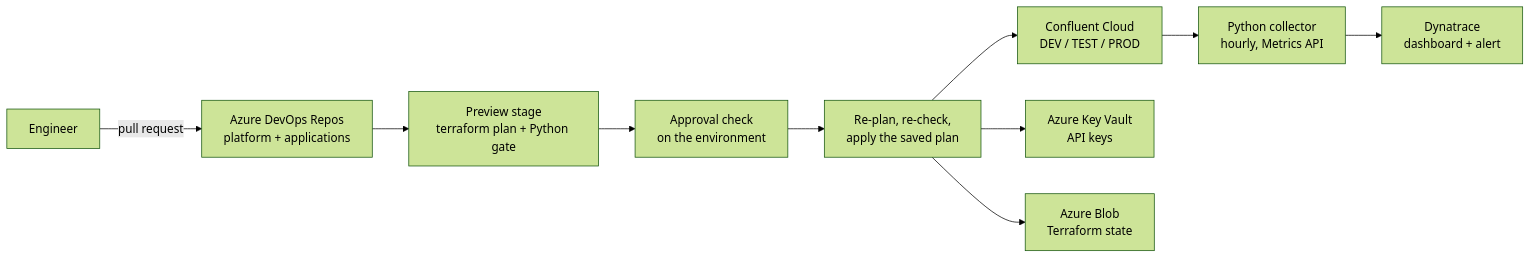
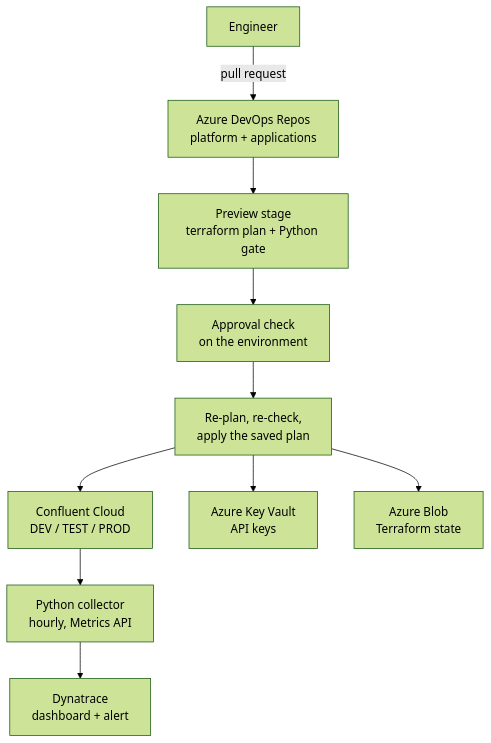
Before and after one commit to Teehem2327/confluent-cloud-platform-as-code: the diagram in README.md, drawn with Mermaid (forest theme). The commit also changed other lines of this file and 9 other files, not shown here.

Commit message:
docs: add getting-started guide with TEST/PROD and DEV paths, quick start, top-down diagram

````diff
--- a/README.md
+++ b/README.md
@@ -17,12 +29,12 @@
 ```mermaid
-flowchart LR
+flowchart TD
   E["Engineer"] -->|"pull request"| R["Azure DevOps Repos<br/>platform + applications"]
   R --> P["Preview stage<br/>terraform plan + Python gate"]
   P --> A["Approval check<br/>on the environment"]
   A --> X["Re-plan, re-check,<br/>apply the saved plan"]
   X --> C["Confluent Cloud<br/>DEV / TEST / PROD"]
   X --> K["Azure Key Vault<br/>API keys"]
   X --> S["Azure Blob<br/>Terraform state"]
   C --> M["Python collector<br/>hourly, Metrics API"]
   M --> D["Dynatrace<br/>dashboard + alert"]
 ```
````
